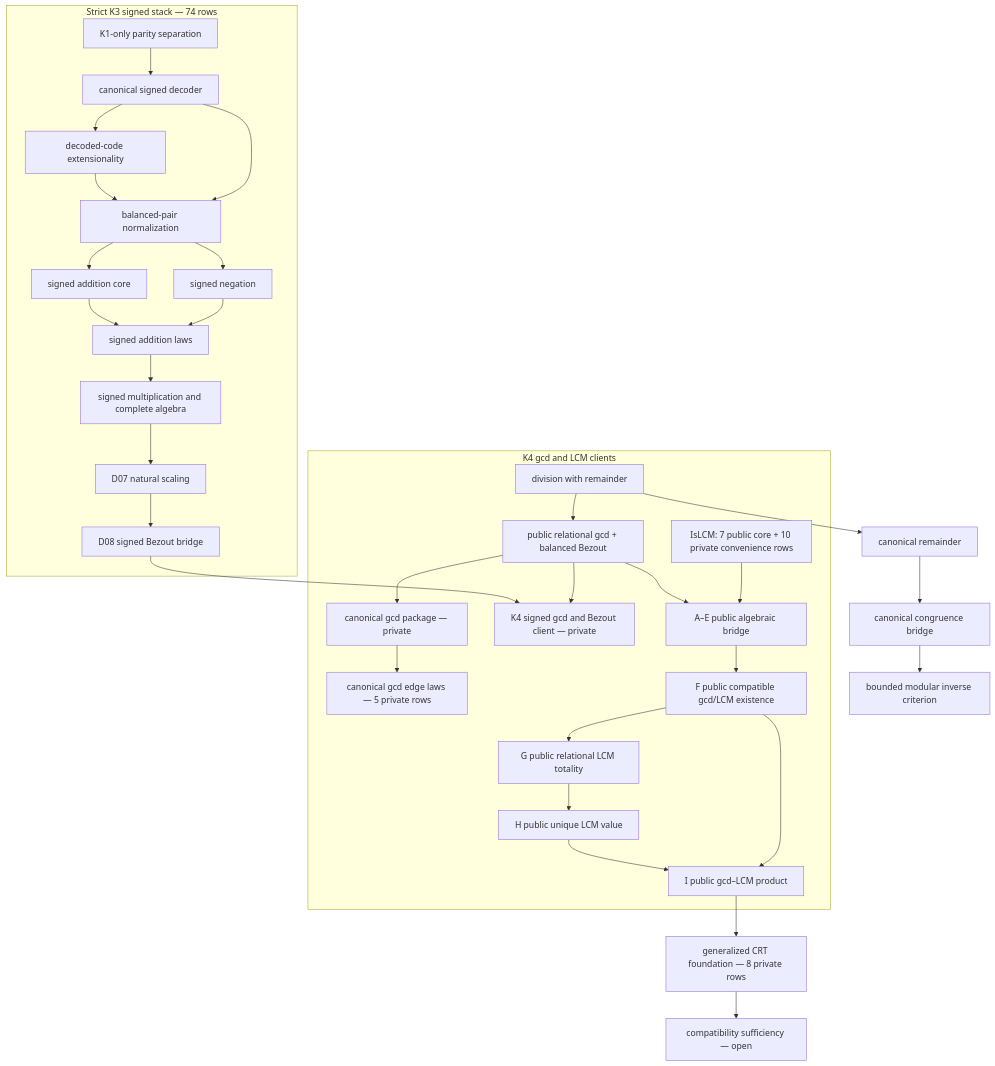
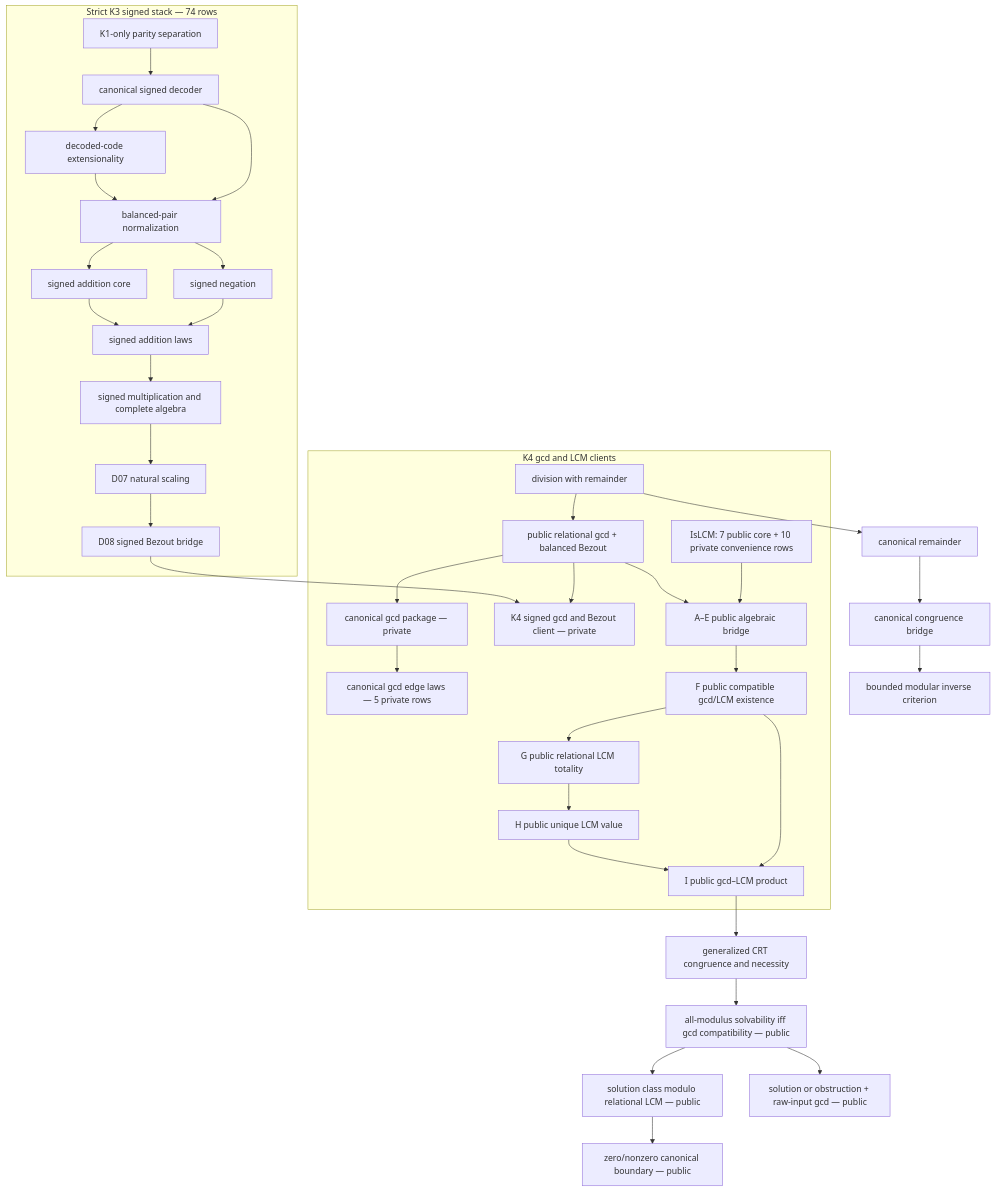
Before and after one commit to nasqret/vietnam2026: the diagram in vault/concepts/strict-ha-number-theory-campaign.md, drawn with Mermaid. The commit also changed other lines of this file and 96 other files, not shown here.

Commit message:
Admit generalized CRT public core

````diff
--- a/vault/concepts/strict-ha-number-theory-campaign.md
+++ b/vault/concepts/strict-ha-number-theory-campaign.md
@@ -38,35 +39,38 @@
 ```mermaid
 flowchart TD
   D[division with remainder] --> R[canonical remainder]
   R --> C[canonical congruence bridge]
   C --> I[bounded modular inverse criterion]
   subgraph K3[Strict K3 signed stack — 74 rows]
     P[K1-only parity separation] --> S[canonical signed decoder]
     S --> E[decoded-code extensionality]
     S --> N[balanced-pair normalization]
     E --> N
     N --> SN[signed negation]
     N --> A[signed addition core]
     SN --> AL[signed addition laws]
     A --> AL
     AL --> M[signed multiplication and complete algebra]
     M --> D7[D07 natural scaling]
     D7 --> SB[D08 signed Bezout bridge]
   end
   subgraph K4[K4 gcd and LCM clients]
     D --> RG
     RG[public relational gcd + balanced Bezout] --> CG[canonical gcd package — private]
     CG --> GE[canonical gcd edge laws — 5 private rows]
     RG --> SG[K4 signed gcd and Bezout client — private]
     SB --> SG
     RL[IsLCM: 7 public core + 10 private convenience rows] --> BF[A–E public algebraic bridge]
     RG --> BF
     BF --> CE[F public compatible gcd/LCM existence]
     CE --> LT[G public relational LCM totality]
     LT --> LU[H public unique LCM value]
     CE --> GP[I public gcd–LCM product]
     LU --> GP
   end
-  GP --> GC[generalized CRT foundation — 8 private rows]
-  GC --> GS[compatibility sufficiency — open]
+  GP --> GC[generalized CRT congruence and necessity]
+  GC --> GS[all-modulus solvability iff gcd compatibility — public]
+  GS --> CL[solution class modulo relational LCM — public]
+  CL --> CB[zero/nonzero canonical boundary — public]
+  GS --> ED[solution or obstruction + raw-input gcd — public]
 ```
````
